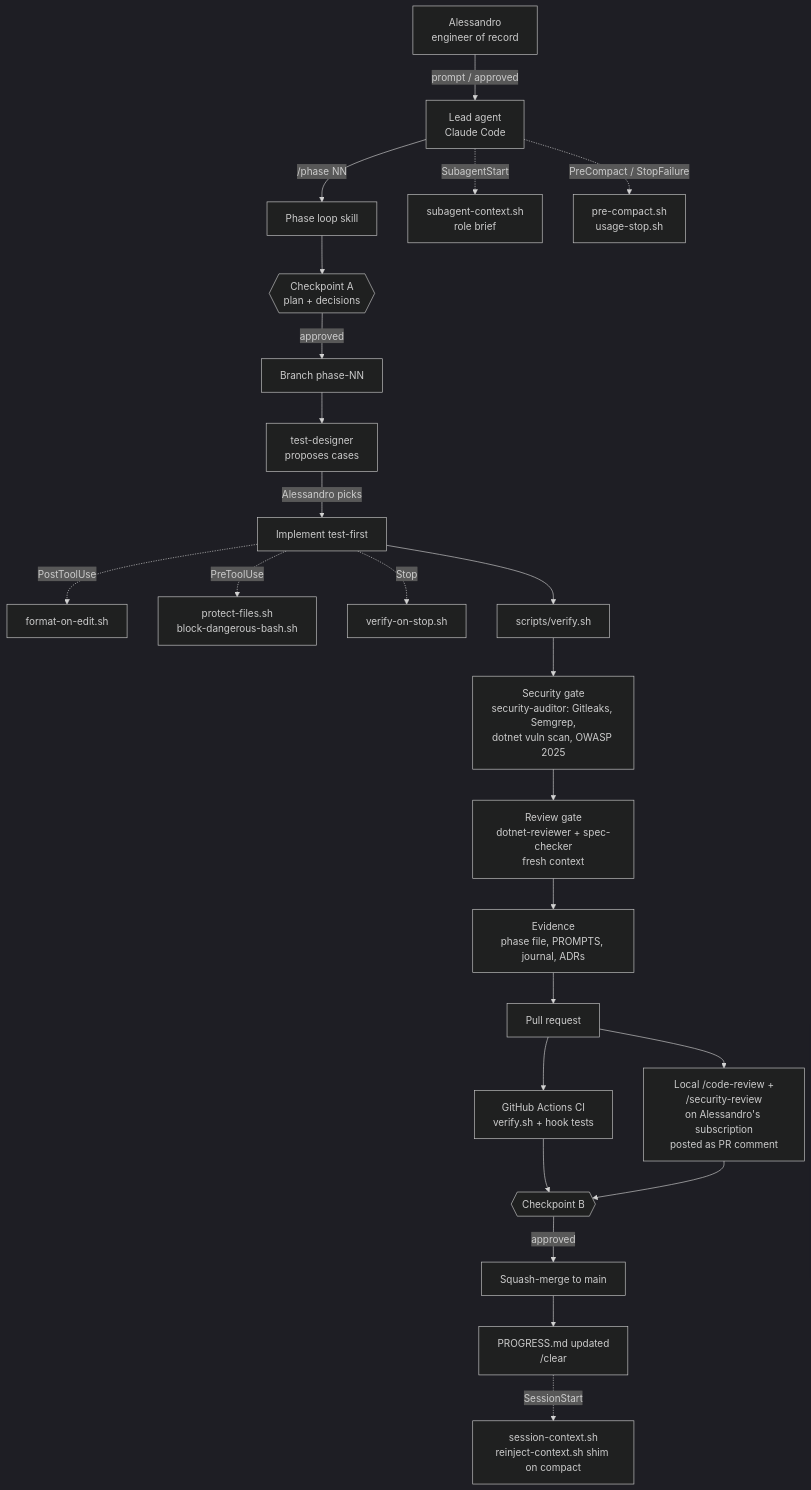
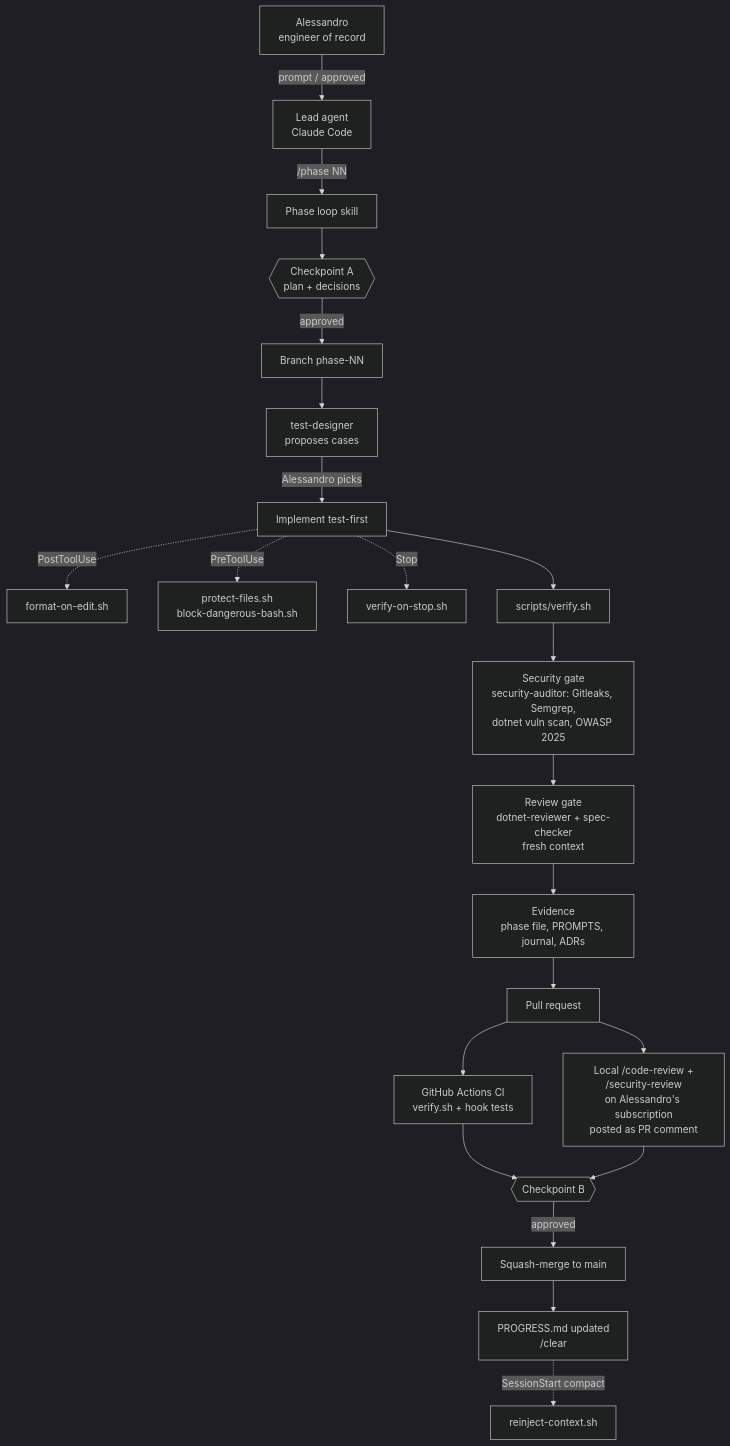
Before and after one commit to Alelentini2001/Mortgage-Application-API-test: the diagram in docs/ai/ORCHESTRATION.md, drawn with Mermaid (dark theme). The commit also changed other lines of this file and 30 other files, not shown here.

````diff
--- a/docs/ai/ORCHESTRATION.md
+++ b/docs/ai/ORCHESTRATION.md
@@ -5,26 +5,24 @@
 ```mermaid
 flowchart TD
     A[Alessandro<br/>engineer of record] -->|prompt / approved| L[Lead agent<br/>Claude Code]
     L -->|/phase NN| P[Phase loop skill]
     P --> CA{{Checkpoint A<br/>plan + decisions}}
     CA -->|approved| B[Branch phase-NN]
     B --> TD[test-designer<br/>proposes cases]
     TD -->|Alessandro picks| I[Implement test-first]
     I -. PostToolUse .-> H1[format-on-edit.sh]
     I -. PreToolUse .-> H2[protect-files.sh<br/>block-dangerous-bash.sh]
     I -. Stop .-> H3[verify-on-stop.sh]
     I --> V[scripts/verify.sh]
     V --> SG[Security gate<br/>security-auditor: Gitleaks, Semgrep,<br/>dotnet vuln scan, OWASP 2025]
     SG --> RG[Review gate<br/>dotnet-reviewer + spec-checker<br/>fresh context]
     RG --> E[Evidence<br/>phase file, PROMPTS, journal, ADRs]
     E --> PR[Pull request]
     PR --> CI[GitHub Actions CI<br/>verify.sh + hook tests]
     PR --> AIR[Local /code-review +<br/>/security-review<br/>on Alessandro's subscription<br/>posted as PR comment]
     CI --> CB{{Checkpoint B}}
     AIR --> CB
     CB -->|approved| M[Squash-merge to main]
     M --> PG[PROGRESS.md updated<br/>/clear]
-    PG -. SessionStart .-> H4[session-context.sh<br/>reinject-context.sh shim on compact]
-    L -. SubagentStart .-> H5[subagent-context.sh<br/>role brief]
-    L -. PreCompact / StopFailure .-> H6[pre-compact.sh<br/>usage-stop.sh]
+    PG -. SessionStart compact .-> H4[reinject-context.sh]
 ```
````
